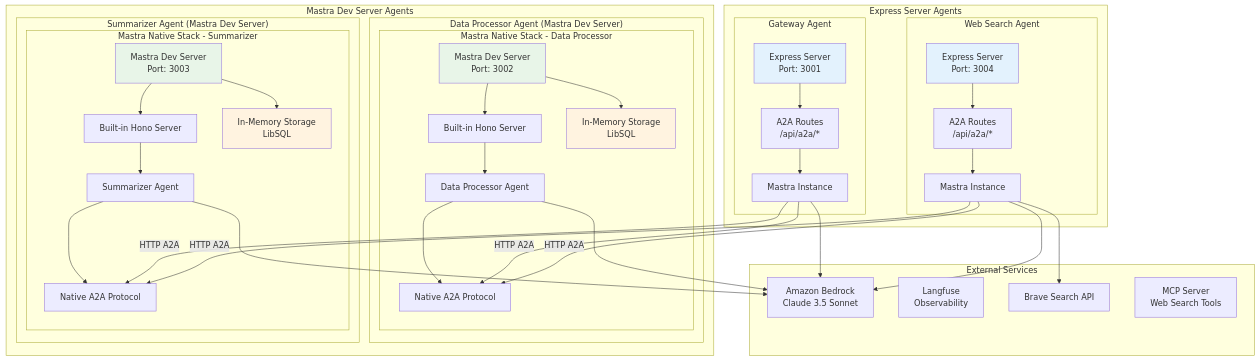
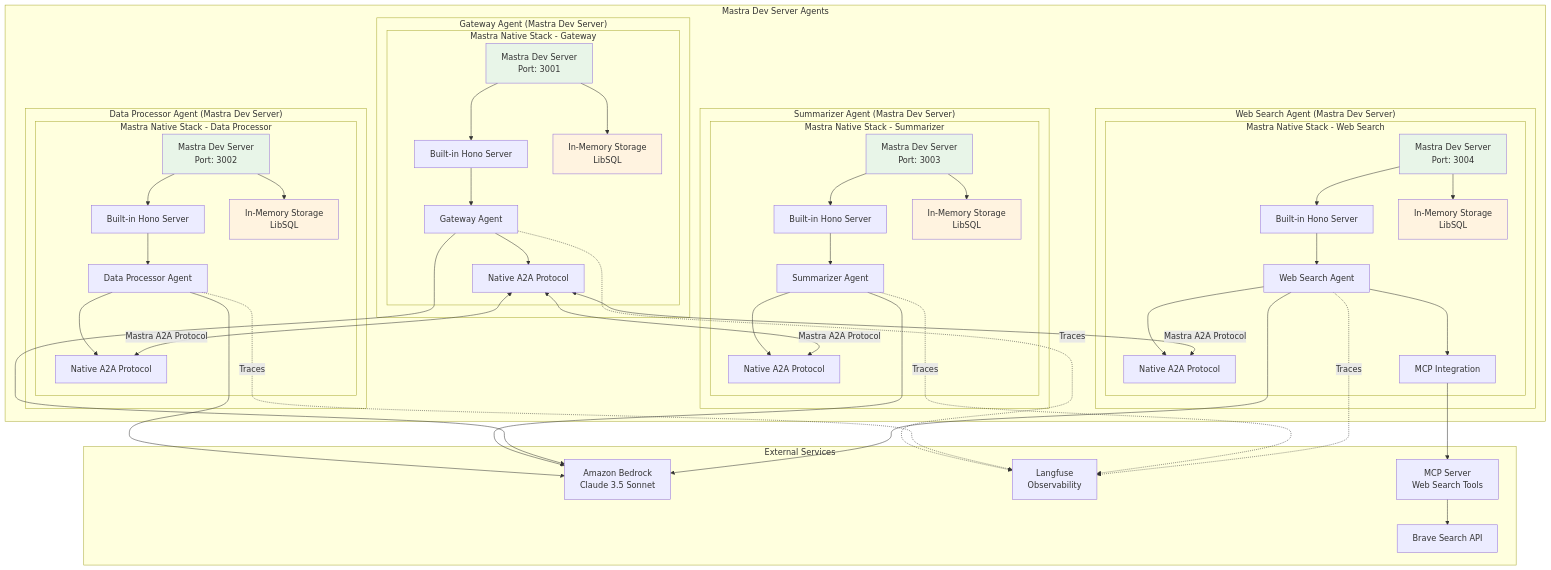
One commit to tubone24/a2a_mastra changed the first of 9 diagrams in README.md. Above: the diagram before and after it, drawn with Mermaid. The commit also changed other lines of this file, not shown here.

Commit message:
✨ docs(README.md): Update architecture details to reflect unified Mastra A2A protocol for all agents and enhance system overview

````diff
--- a/README.md
+++ b/README.md
@@ -29,6 +29,21 @@
 ```mermaid
 graph TB
     subgraph "Mastra Dev Server Agents"
+        subgraph "Gateway Agent (Mastra Dev Server)"
+            subgraph "Mastra Native Stack - Gateway"
+                GW_MASTRA_DEV[Mastra Dev Server<br/>Port: 3001]
+                GW_MASTRA_HONO[Built-in Hono Server]
+                GW_MASTRA_AGENT[Gateway Agent]
+                GW_MASTRA_A2A[Native A2A Protocol]
+                GW_MASTRA_STORAGE[In-Memory Storage<br/>LibSQL]
+            end
+            
+            GW_MASTRA_DEV --> GW_MASTRA_HONO
+            GW_MASTRA_HONO --> GW_MASTRA_AGENT
+            GW_MASTRA_AGENT --> GW_MASTRA_A2A
+            GW_MASTRA_DEV --> GW_MASTRA_STORAGE
+        end
+        
         subgraph "Data Processor Agent (Mastra Dev Server)"
             subgraph "Mastra Native Stack - Data Processor"
                 DP_MASTRA_DEV[Mastra Dev Server<br/>Port: 3002]
@@ -58,25 +73,23 @@
             SM_MASTRA_AGENT --> SM_MASTRA_A2A
             SM_MASTRA_DEV --> SM_MASTRA_STORAGE
         end
-    end
-    
-    subgraph "Express Server Agents"
-        subgraph "Gateway Agent"
-            GW_EXPRESS[Express Server<br/>Port: 3001]
-            GW_ROUTES[A2A Routes<br/>/api/a2a/*]
-            GW_MASTRA[Mastra Instance]
+        
+        subgraph "Web Search Agent (Mastra Dev Server)"
+            subgraph "Mastra Native Stack - Web Search"
+                WS_MASTRA_DEV[Mastra Dev Server<br/>Port: 3004]
+                WS_MASTRA_HONO[Built-in Hono Server]
+                WS_MASTRA_AGENT[Web Search Agent]
+                WS_MASTRA_A2A[Native A2A Protocol]
+                WS_MASTRA_STORAGE[In-Memory Storage<br/>LibSQL]
+                WS_MCP_INTEGRATION[MCP Integration]
+            end
+            
+            WS_MASTRA_DEV --> WS_MASTRA_HONO
+            WS_MASTRA_HONO --> WS_MASTRA_AGENT
+            WS_MASTRA_AGENT --> WS_MASTRA_A2A
+            WS_MASTRA_AGENT --> WS_MCP_INTEGRATION
+            WS_MASTRA_DEV --> WS_MASTRA_STORAGE
         end
-        
-        subgraph "Web Search Agent"
-            WS_EXPRESS[Express Server<br/>Port: 3004]
-            WS_ROUTES[A2A Routes<br/>/api/a2a/*]
-            WS_MASTRA[Mastra Instance]
-        end
-        
-        GW_EXPRESS --> GW_ROUTES
-        GW_ROUTES --> GW_MASTRA
-        WS_EXPRESS --> WS_ROUTES
-        WS_ROUTES --> WS_MASTRA
     end
     
     subgraph "External Services"
@@ -86,21 +99,28 @@
         MCP[MCP Server<br/>Web Search Tools]
     end
     
-    GW_MASTRA -->|HTTP A2A| DP_MASTRA_A2A
-    GW_MASTRA -->|HTTP A2A| SM_MASTRA_A2A
-    WS_MASTRA -->|HTTP A2A| DP_MASTRA_A2A
-    WS_MASTRA -->|HTTP A2A| SM_MASTRA_A2A
+    GW_MASTRA_A2A <-->|Mastra A2A Protocol| DP_MASTRA_A2A
+    GW_MASTRA_A2A <-->|Mastra A2A Protocol| SM_MASTRA_A2A
+    GW_MASTRA_A2A <-->|Mastra A2A Protocol| WS_MASTRA_A2A
     
     DP_MASTRA_AGENT --> BEDROCK
     SM_MASTRA_AGENT --> BEDROCK
-    GW_MASTRA --> BEDROCK
-    WS_MASTRA --> BEDROCK
-    WS_MASTRA --> BRAVE
+    GW_MASTRA_AGENT --> BEDROCK
+    WS_MASTRA_AGENT --> BEDROCK
+    WS_MCP_INTEGRATION --> MCP
+    MCP --> BRAVE
     
+    GW_MASTRA_AGENT -.->|Traces| LANGFUSE
+    DP_MASTRA_AGENT -.->|Traces| LANGFUSE
+    SM_MASTRA_AGENT -.->|Traces| LANGFUSE
+    WS_MASTRA_AGENT -.->|Traces| LANGFUSE
+    
+    style GW_MASTRA_DEV fill:#e8f5e8
     style DP_MASTRA_DEV fill:#e8f5e8
     style SM_MASTRA_DEV fill:#e8f5e8
-    style GW_EXPRESS fill:#e3f2fd
-    style WS_EXPRESS fill:#e3f2fd
+    style WS_MASTRA_DEV fill:#e8f5e8
+    style GW_MASTRA_STORAGE fill:#fff3e0
     style DP_MASTRA_STORAGE fill:#fff3e0
     style SM_MASTRA_STORAGE fill:#fff3e0
+    style WS_MASTRA_STORAGE fill:#fff3e0
 ```
````
